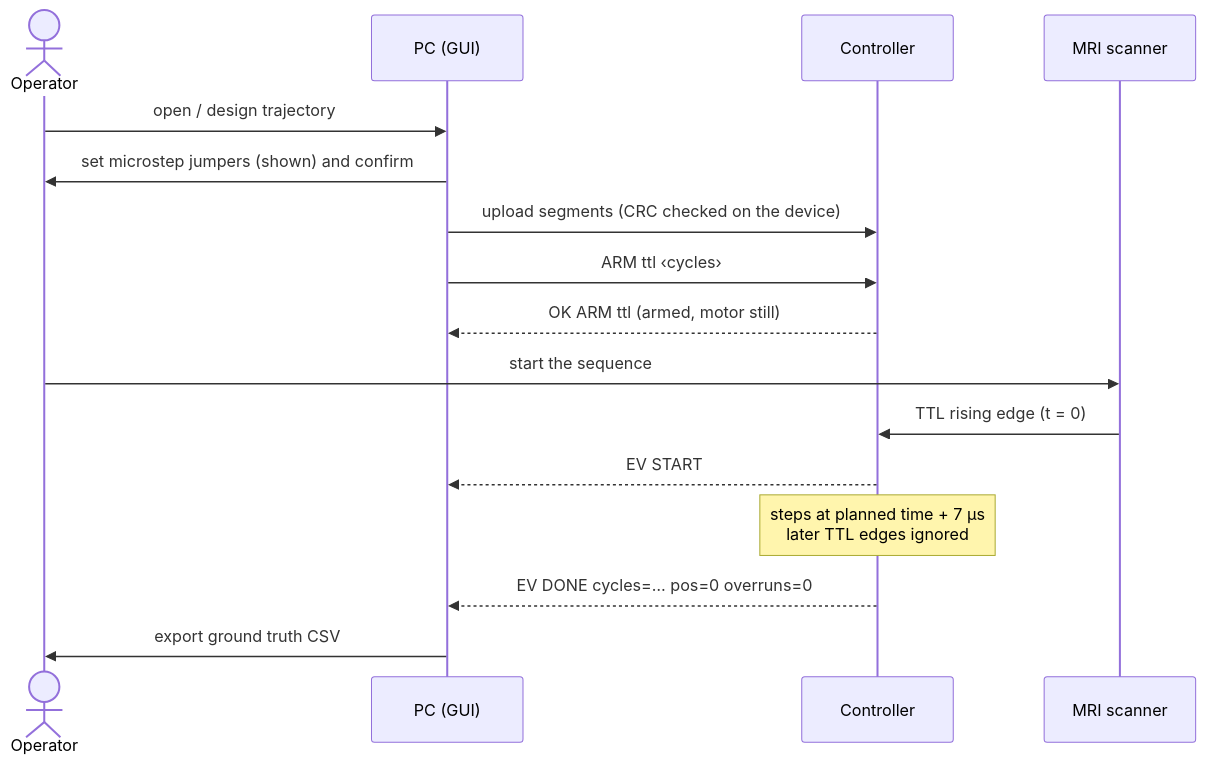
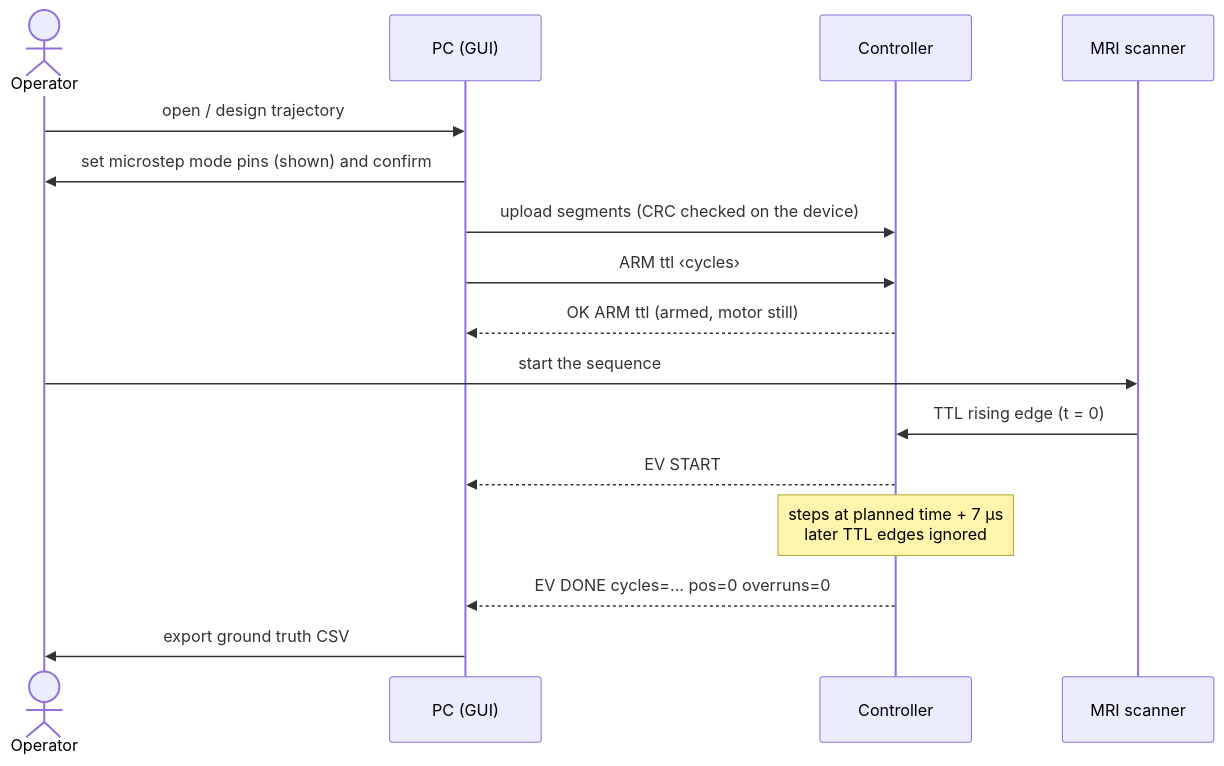
Before and after one commit to hakkelt/DynamicMriPhantom: the second of 2 diagrams in docs/index.md, drawn with Mermaid. The commit also changed other lines of this file and 9 other files, not shown here.

First line of the commit message:
Show the microstep mode pins as a DIP switch

````diff
--- a/docs/index.md
+++ b/docs/index.md
@@ -44,18 +44,18 @@
 ```mermaid
 sequenceDiagram
   actor Op as Operator
   participant PC as PC (GUI)
   participant C as Controller
   participant MRI as MRI scanner
   Op->>PC: open / design trajectory
-  PC->>Op: set microstep jumpers (shown) and confirm
+  PC->>Op: set microstep mode pins (shown) and confirm
   PC->>C: upload segments (CRC checked on the device)
   PC->>C: ARM ttl ‹cycles›
   C-->>PC: OK ARM ttl  (armed, motor still)
   Op->>MRI: start the sequence
   MRI->>C: TTL rising edge  (t = 0)
   C-->>PC: EV START
   Note over C: steps at planned time + 7 µs<br/>later TTL edges ignored
   C-->>PC: EV DONE cycles=… pos=0 overruns=0
   PC->>Op: export ground truth CSV
 ```
````
